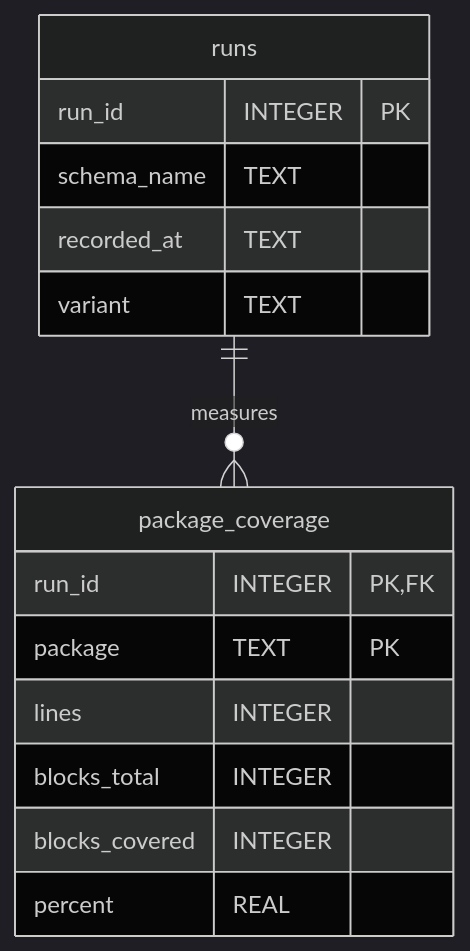
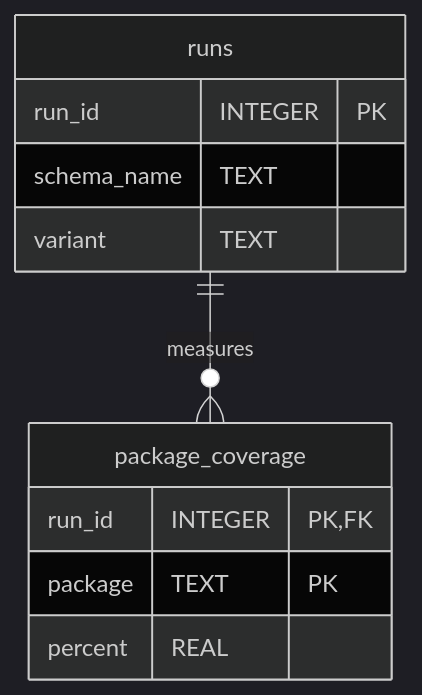
One commit to jkvetina/ADT.ai changed the diagram in docs/storage_ut.md. Above: the diagram before and after it, drawn with Mermaid (dark theme). The commit also changed other lines of this file and 80 other files, not shown here.

````diff
--- a/docs/storage_ut.md
+++ b/docs/storage_ut.md
@@ -9,18 +9,14 @@
 ```mermaid
 erDiagram
     runs {
         run_id INTEGER PK
         schema_name TEXT
-        recorded_at TEXT
         variant TEXT
     }
     package_coverage {
         run_id INTEGER PK, FK
         package TEXT PK
-        lines INTEGER
-        blocks_total INTEGER
-        blocks_covered INTEGER
         percent REAL
     }
     runs ||--o{ package_coverage : measures
 ```
````
